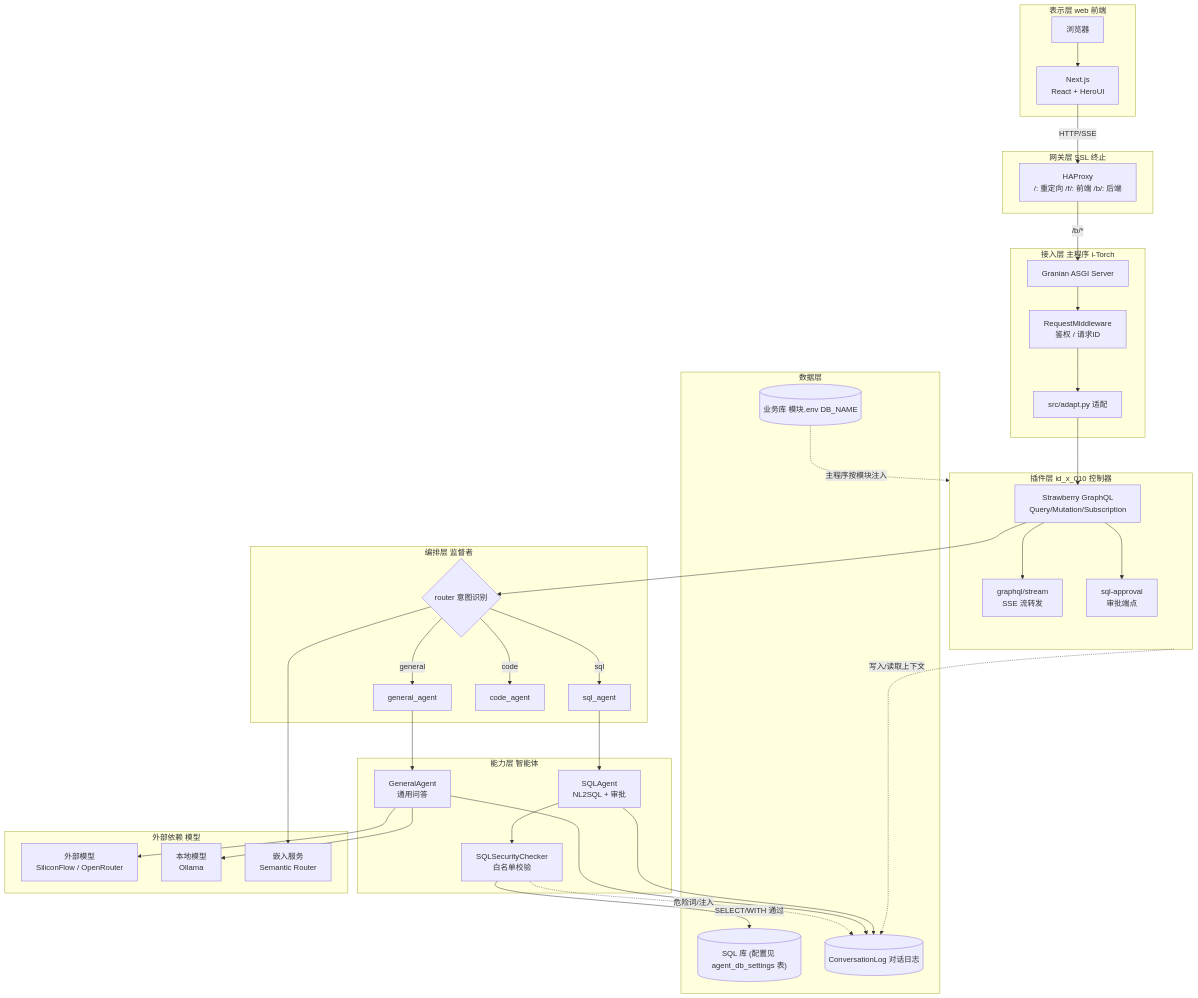
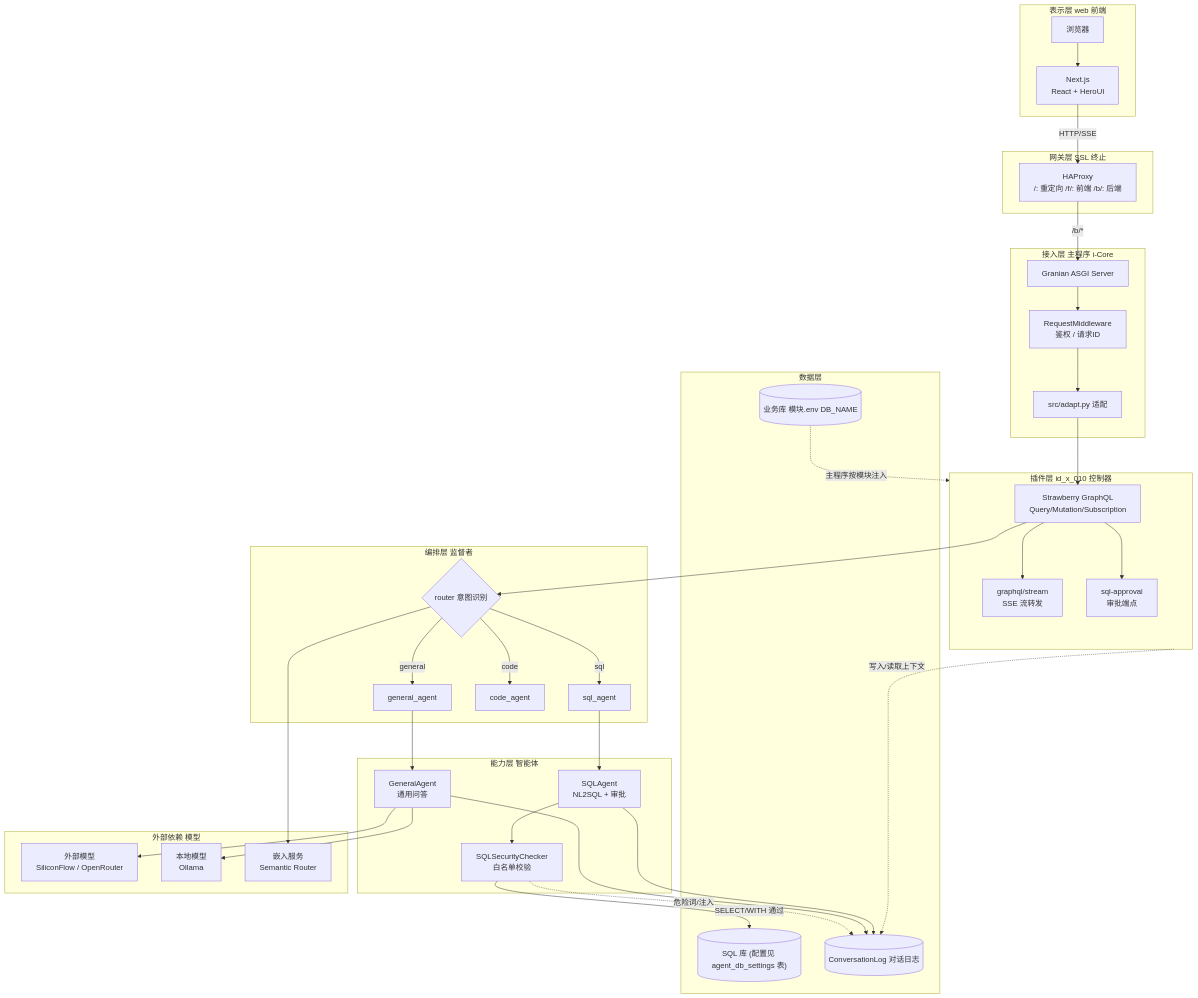
One commit to i-TorchLabs/id_x_010 changed the first of 2 diagrams in README.md. Above: the diagram before and after it, drawn with Mermaid. The commit also changed other lines of this file and 4 other files, not shown here.

````diff
--- a/README.md
+++ b/README.md
@@ -66,70 +66,70 @@
 ```mermaid
 graph TB
   subgraph L1[表示层 web 前端]
     Browser[浏览器]
     NextJS["Next.js<br/>React + HeroUI"]
   end
 
   subgraph L2[网关层 SSL 终止]
     HAProxy[HAProxy<br/>/: 重定向 /f/: 前端 /b/: 后端]
   end
 
-  subgraph L3[接入层 主程序 i-Torch]
+  subgraph L3[接入层 主程序 i-Core]
     Granian[Granian ASGI Server]
     MW[RequestMiddleware<br/>鉴权 / 请求ID]
     Adapt["src/adapt.py 适配"]
   end
 
   subgraph L4[插件层 id_x_010 控制器]
     GQL[Strawberry GraphQL<br/>Query/Mutation/Subscription]
     SSE[graphql/stream<br/>SSE 流转发]
     Approve[sql-approval<br/>审批端点]
   end
 
   subgraph L5[编排层 监督者]
     Router{router 意图识别}
     Router -->|general| GenA[general_agent]
     Router -->|sql| SqlA[sql_agent]
     Router -->|code| CodeA[code_agent]
   end
 
   subgraph L6[能力层 智能体]
     General[GeneralAgent<br/>通用问答]
     SQLAgent["SQLAgent<br/>NL2SQL + 审批"]
     SACheck[SQLSecurityChecker<br/>白名单校验]
   end
 
   subgraph L7[数据层]
     BizDB[(业务库 模块.env DB_NAME)]
     AgentDB[("SQL 库 (配置见 agent_db_settings 表)")]
     ConvLog[(ConversationLog 对话日志)]
   end
 
   subgraph L8[外部依赖 模型]
     Ext[外部模型<br/>SiliconFlow / OpenRouter]
     Local[本地模型<br/>Ollama]
     Emb[嵌入服务<br/>Semantic Router]
   end
 
   Browser --> NextJS
   NextJS -->|HTTP/SSE| HAProxy
   HAProxy -->|/b/*| Granian
   Granian --> MW
   MW --> Adapt
   Adapt --> GQL
   GQL --> SSE
   GQL --> Approve
   GQL --> Router
   GenA --> General
   SqlA --> SQLAgent
   SQLAgent --> SACheck
   SACheck -->|SELECT/WITH 通过| AgentDB
   SACheck -.->|危险词/注入| ConvLog
   General --> ConvLog
   SQLAgent --> ConvLog
   General --> Ext
   General --> Local
   Router --> Emb
   L4 -.->|写入/读取上下文| ConvLog
   BizDB -.->|主程序按模块注入| L4
 ```
````
